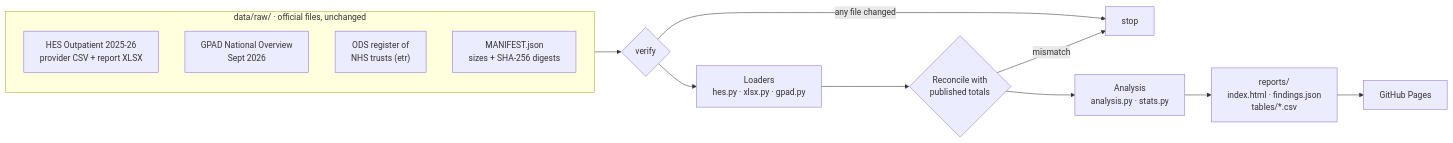
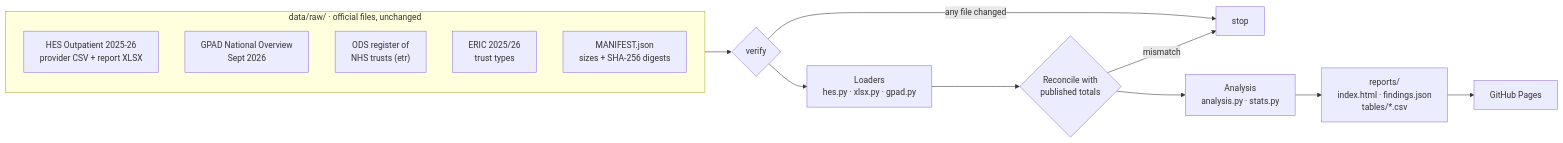
The diagram in README.md (gbadedata/nhs-access-equity-lab), drawn with Mermaid before and after one commit. The commit also changed other lines of this file and 22 other files, not shown here.

````diff
--- a/README.md
+++ b/README.md
@@ -106,18 +146,19 @@
 ```mermaid
 flowchart LR
   subgraph raw["data/raw/ · official files, unchanged"]
     direction TB
     HES["HES Outpatient 2025-26<br/>provider CSV + report XLSX"]
     GP["GPAD National Overview<br/>Sept 2026"]
     ODS["ODS register of<br/>NHS trusts (etr)"]
+    ERIC["ERIC 2025/26<br/>trust types"]
     MAN["MANIFEST.json<br/>sizes + SHA-256 digests"]
   end
   raw --> V{"verify"}
   V -->|"any file changed"| STOP["stop"]
   V --> L["Loaders<br/>hes.py · xlsx.py · gpad.py"]
   L --> R{"Reconcile with<br/>published totals"}
   R -->|"mismatch"| STOP
   R --> A["Analysis<br/>analysis.py · stats.py"]
   A --> OUT["reports/<br/>index.html · findings.json<br/>tables/*.csv"]
   OUT --> PAGES["GitHub Pages"]
 ```
````
